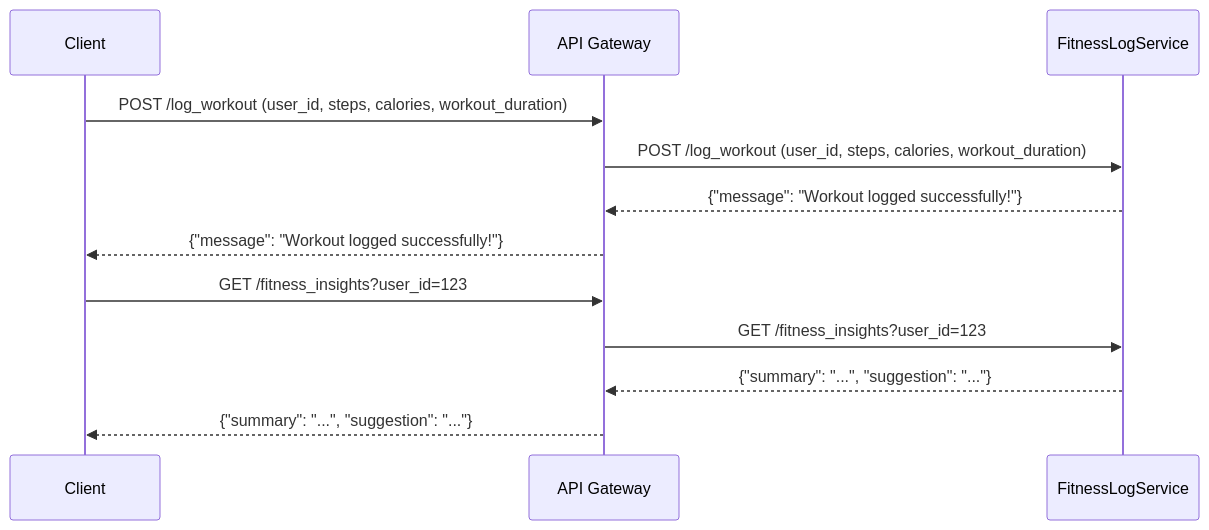
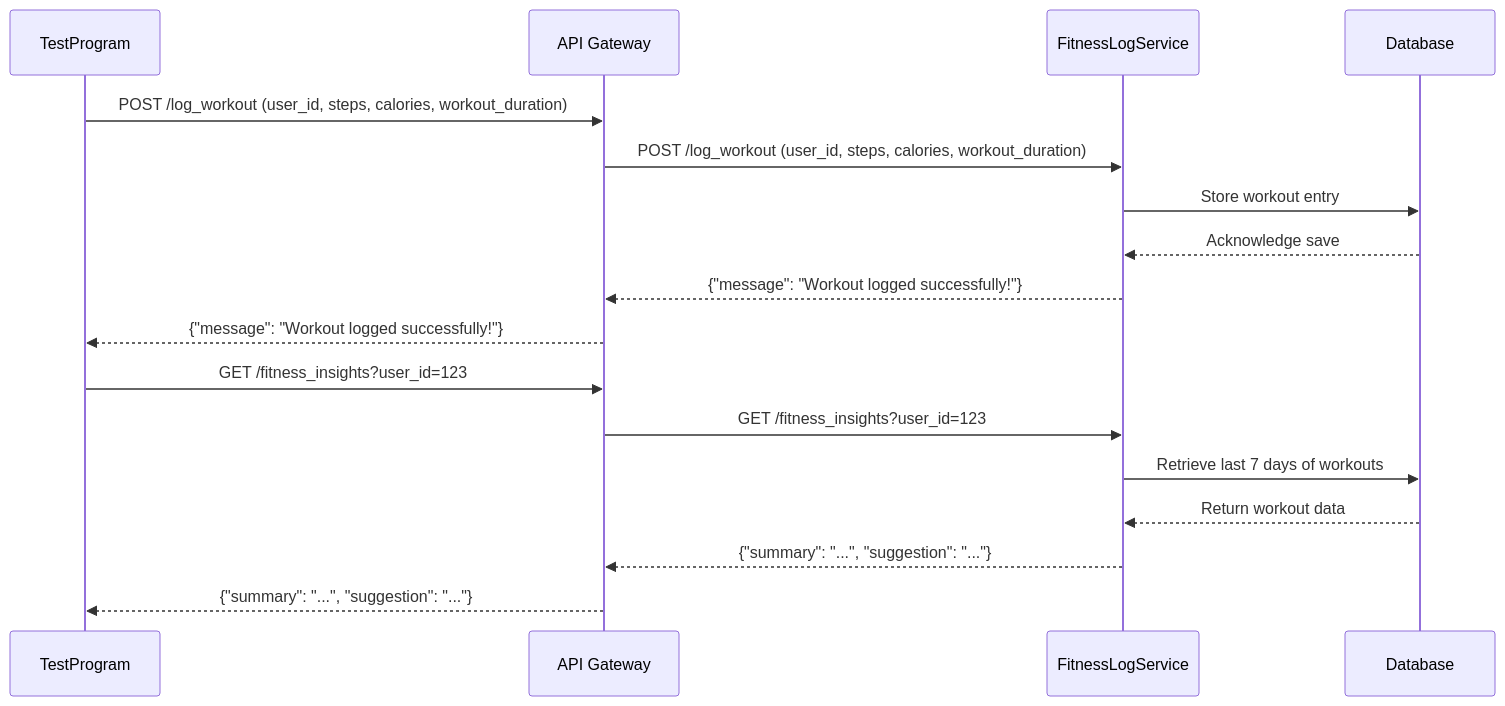
One commit to tylerd0307/microserviceA changed the diagram in README.md. Above: the diagram before and after it, drawn with Mermaid.

Commit message:
Included Database into UML sequence diagram

````diff
--- a/README.md
+++ b/README.md
@@ -97,15 +97,22 @@
 ```mermaid
 sequenceDiagram
-    participant Client
+    participant TestProgram
     participant API Gateway
     participant FitnessLogService
-    Client->>API Gateway: POST /log_workout (user_id, steps, calories, workout_duration)
+    participant Database
+
+    TestProgram->>API Gateway: POST /log_workout (user_id, steps, calories, workout_duration)
     API Gateway->>FitnessLogService: POST /log_workout (user_id, steps, calories, workout_duration)
+    FitnessLogService->>Database: Store workout entry
+    Database-->>FitnessLogService: Acknowledge save
     FitnessLogService-->>API Gateway: {"message": "Workout logged successfully!"}
-    API Gateway-->>Client: {"message": "Workout logged successfully!"}
+    API Gateway-->>TestProgram: {"message": "Workout logged successfully!"}
 
-    Client->>API Gateway: GET /fitness_insights?user_id=123
+    TestProgram->>API Gateway: GET /fitness_insights?user_id=123
     API Gateway->>FitnessLogService: GET /fitness_insights?user_id=123
+    FitnessLogService->>Database: Retrieve last 7 days of workouts
+    Database-->>FitnessLogService: Return workout data
     FitnessLogService-->>API Gateway: {"summary": "...", "suggestion": "..."}
-    API Gateway-->>Client: {"summary": "...", "suggestion": "..."}
+    API Gateway-->>TestProgram: {"summary": "...", "suggestion": "..."}
+
 ```
````
